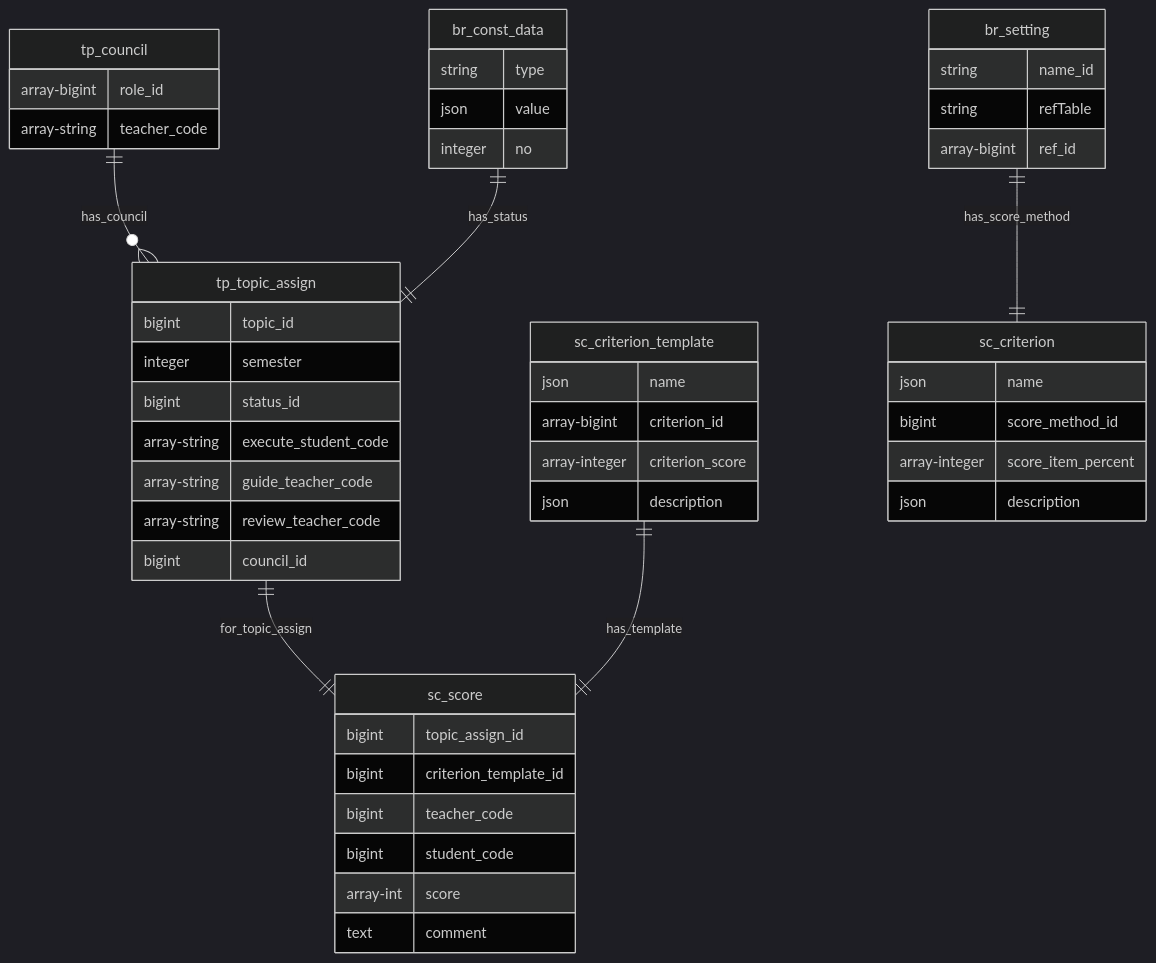
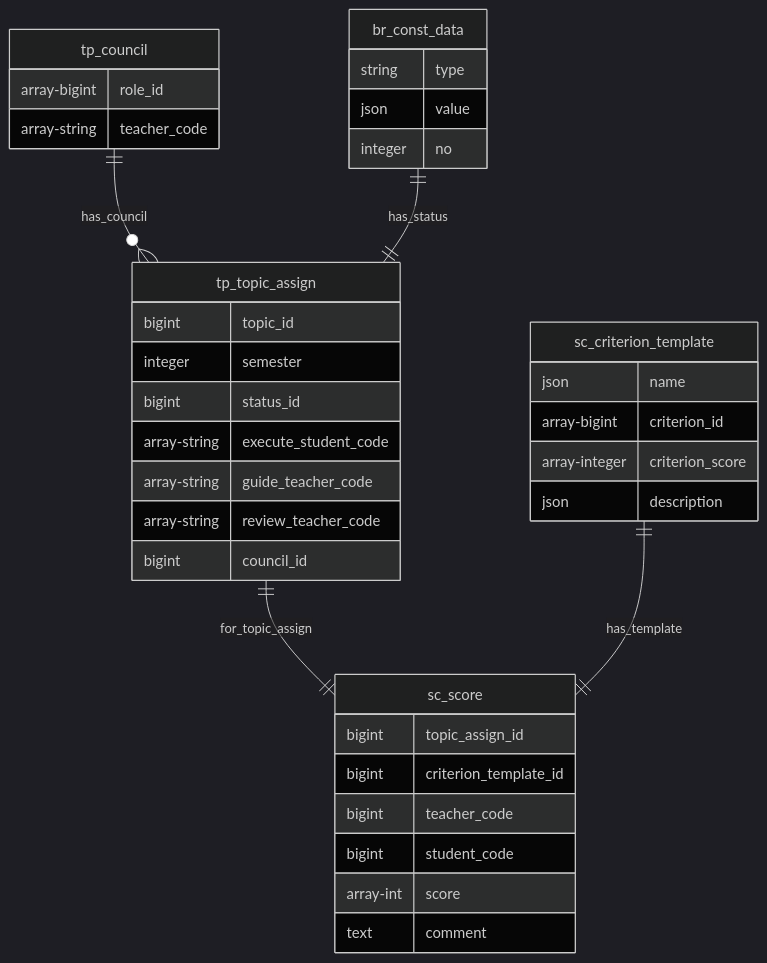
Before and after one commit to datai999/thesis-document: the sixth of 7 diagrams in report/src/chapter_5_achitechture_design/diagram_chapter_5.md, drawn with Mermaid (dark theme). The commit also changed other lines of this file, not shown here.

Commit message:
divide sc group diagram

````diff
--- a/report/src/chapter_5_achitechture_design/diagram_chapter_5.md
+++ b/report/src/chapter_5_achitechture_design/diagram_chapter_5.md
@@ -120,53 +136,40 @@
 ```mermaid
 erDiagram
-    tp_council {
-      array-bigint role_id
-      array-string teacher_code
-    }
-    br_const_data {
-        string type
-        json value
-        integer no
-    }
-    br_setting {
-        string name_id
-        string refTable
-        array-bigint ref_id
-    }
-    tp_topic_assign {
-      bigint topic_id
-      integer semester
-      bigint status_id
-      array-string execute_student_code
-      array-string guide_teacher_code
-      array-string review_teacher_code
-      bigint council_id
-    }
-    sc_criterion_template {
-      json name
-      array-bigint criterion_id
-      array-integer criterion_score
-      json description
-    }
-    sc_criterion {
-        json name
-        bigint score_method_id
-        array-integer score_item_percent
-        json description
-    }
-    sc_score {
-      bigint topic_assign_id
-      bigint criterion_template_id
-      bigint teacher_code
-      bigint student_code
-      array-int score
-      text comment
-    }
-    tp_council ||--o{ tp_topic_assign : has_council
-    br_const_data ||--|| tp_topic_assign : has_status
+  tp_council {
+    array-bigint role_id
+    array-string teacher_code
+  }
+  br_const_data {
+    string type
+    json value
+    integer no
+  }
+  tp_topic_assign {
+    bigint topic_id
+    integer semester
+    bigint status_id
+    array-string execute_student_code
+    array-string guide_teacher_code
+    array-string review_teacher_code
+    bigint council_id
+  }
+  sc_criterion_template {
+    json name
+    array-bigint criterion_id
+    array-integer criterion_score
+    json description
+  }
+  sc_score {
+    bigint topic_assign_id
+    bigint criterion_template_id
+    bigint teacher_code
+    bigint student_code
+    array-int score
+    text comment
+  }
+  tp_council ||--o{ tp_topic_assign : has_council
+  br_const_data ||--|| tp_topic_assign : has_status
 
-    tp_topic_assign ||--|| sc_score : for_topic_assign
-    sc_criterion_template ||--|| sc_score : has_template
-
-    br_setting ||--|| sc_criterion : has_score_method
+  tp_topic_assign ||--|| sc_score : for_topic_assign
+  sc_criterion_template ||--|| sc_score : has_template
 ```
````
